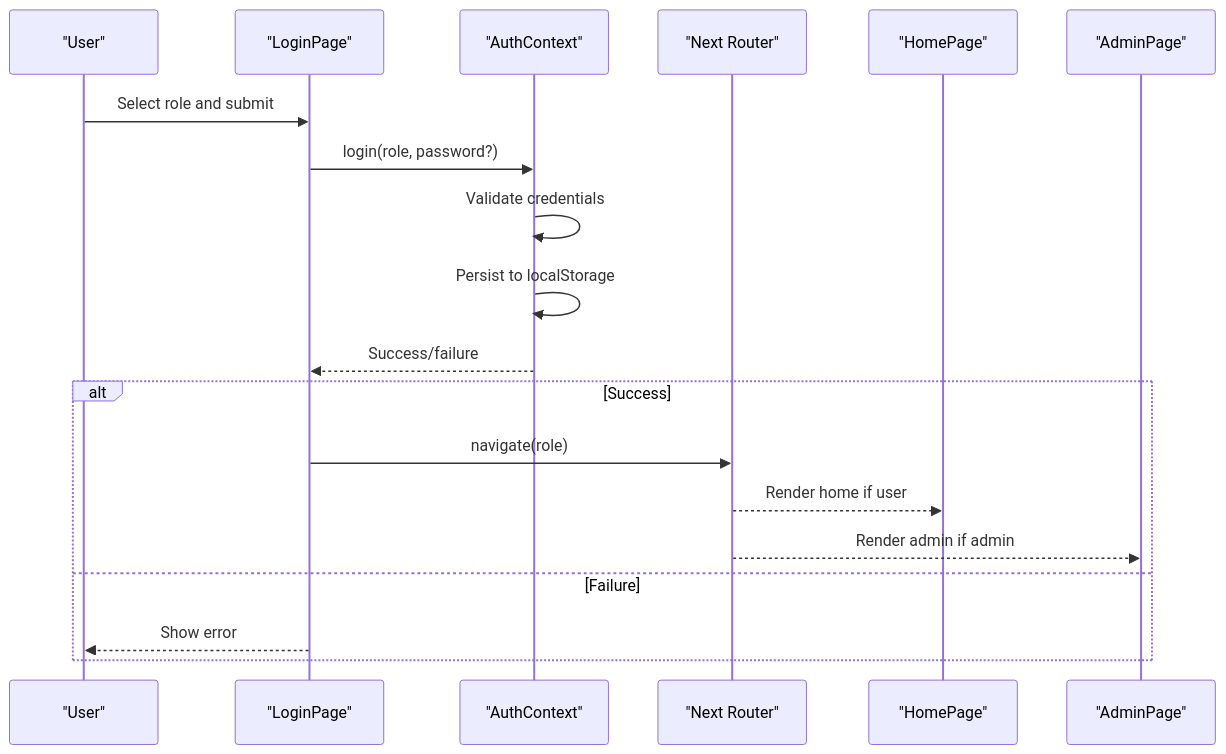
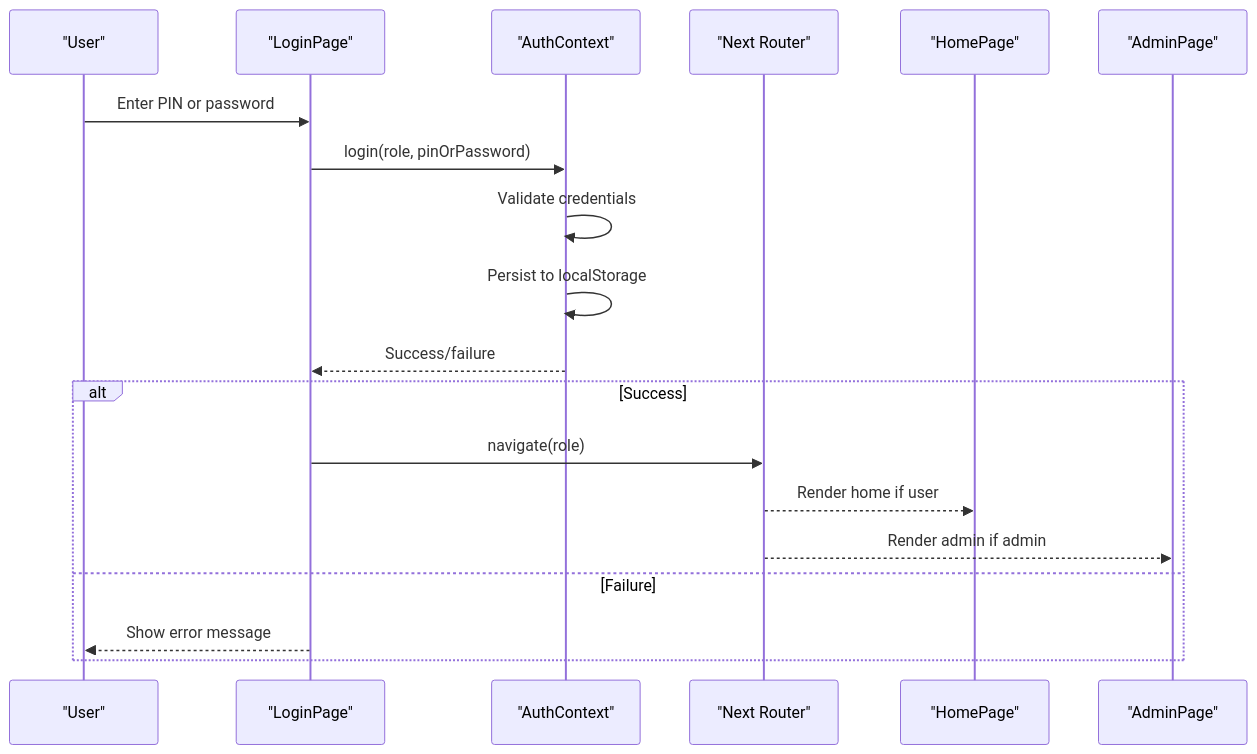
Before and after one commit to alifsurya2710/Selamat-Ulang-Tahun: the second of 7 diagrams in .qoder/repowiki/en/content/Authentication System.md, drawn with Mermaid. The commit also changed other lines of this file and 31 other files, not shown here.

````diff
--- a/.qoder/repowiki/en/content/Authentication System.md
+++ b/.qoder/repowiki/en/content/Authentication System.md
@@ -77,21 +90,21 @@
 ```mermaid
 sequenceDiagram
 participant User as "User"
 participant LoginPage as "LoginPage"
 participant AuthCtx as "AuthContext"
 participant Router as "Next Router"
 participant HomePage as "HomePage"
 participant AdminPage as "AdminPage"
-User->>LoginPage : Select role and submit
-LoginPage->>AuthCtx : login(role, password?)
+User->>LoginPage : Enter PIN or password
+LoginPage->>AuthCtx : login(role, pinOrPassword)
 AuthCtx->>AuthCtx : Validate credentials
 AuthCtx->>AuthCtx : Persist to localStorage
 AuthCtx-->>LoginPage : Success/failure
 alt Success
 LoginPage->>Router : navigate(role)
 Router-->>HomePage : Render home if user
 Router-->>AdminPage : Render admin if admin
 else Failure
-LoginPage-->>User : Show error
+LoginPage-->>User : Show error message
 end
 ```
````
